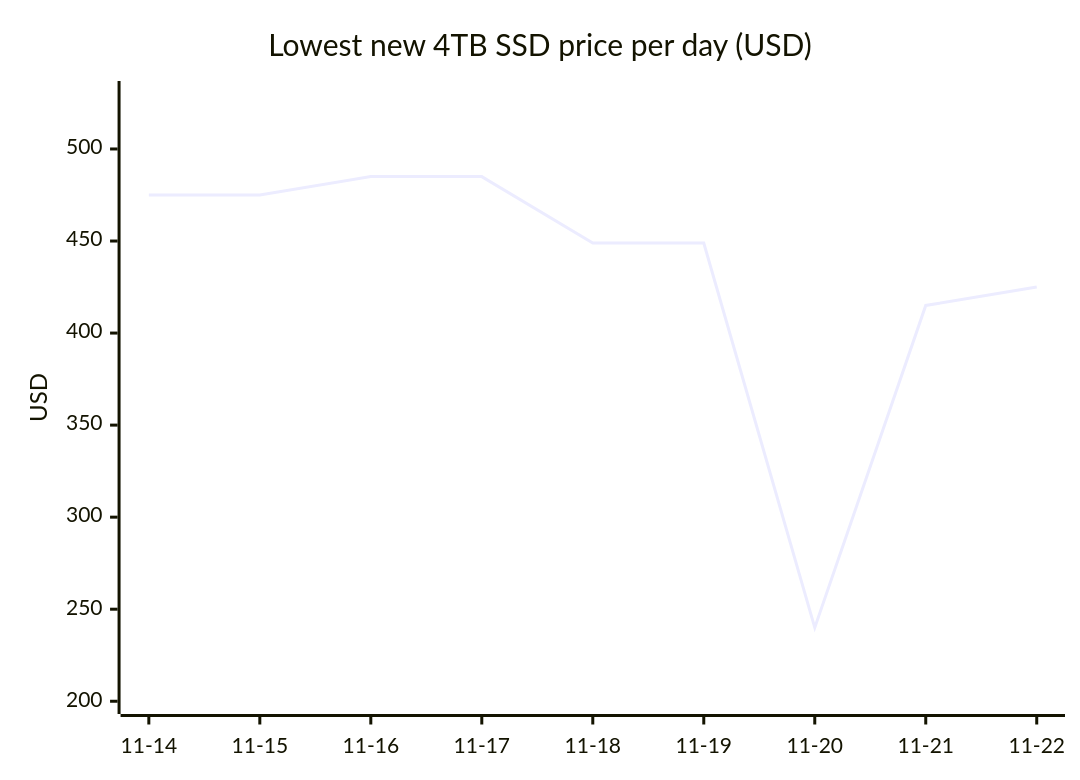
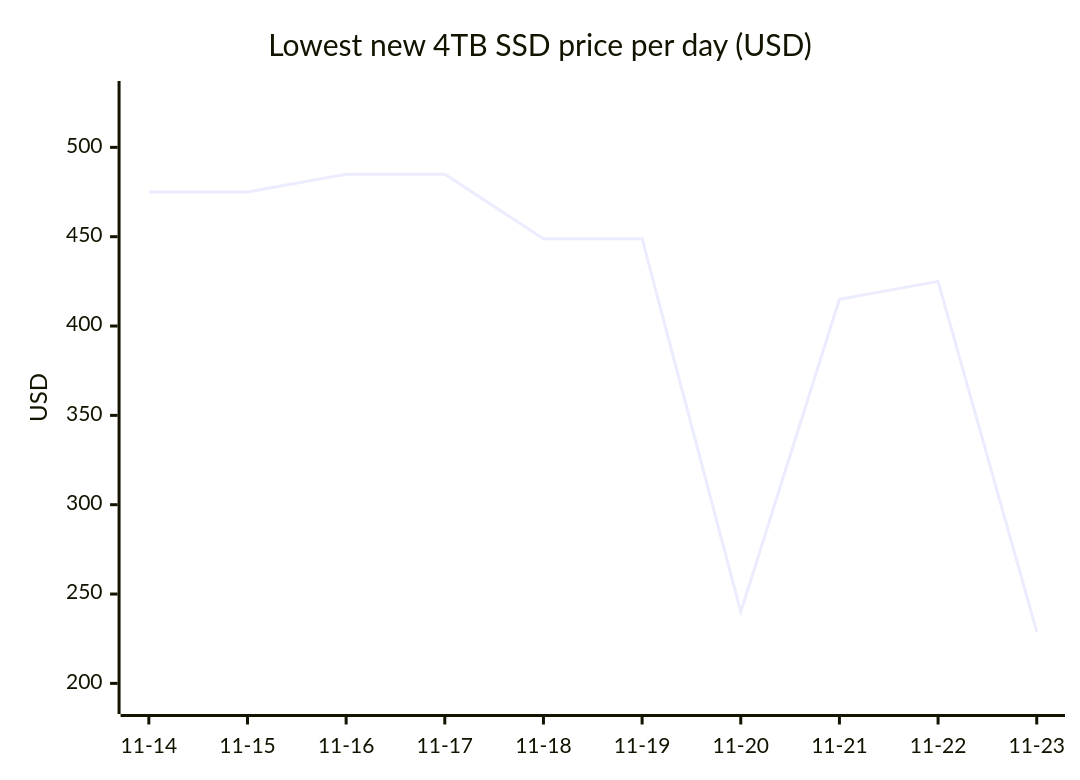
The first of 18 diagrams in README.md (7324136828/4tb_ssd_price_watch), drawn with Mermaid before and after one commit. The commit also changed other lines of this file, not shown here.

````diff
--- a/README.md
+++ b/README.md
@@ -81,7 +81,7 @@
 ```mermaid
 xychart-beta
     title "Lowest new 4TB SSD price per day (USD)"
-    x-axis ["11-14", "11-15", "11-16", "11-17", "11-18", "11-19", "11-20", "11-21", "11-22"]
-    y-axis "USD" 200 --> 530
-    line [474.97, 475.00, 484.99, 484.99, 448.88, 448.88, 239.99, 415.00, 425.00]
+    x-axis ["11-14", "11-15", "11-16", "11-17", "11-18", "11-19", "11-20", "11-21", "11-22", "11-23"]
+    y-axis "USD" 190 --> 530
+    line [474.97, 475.00, 484.99, 484.99, 448.88, 448.88, 239.99, 415.00, 425.00, 229.00]
 ```
````
